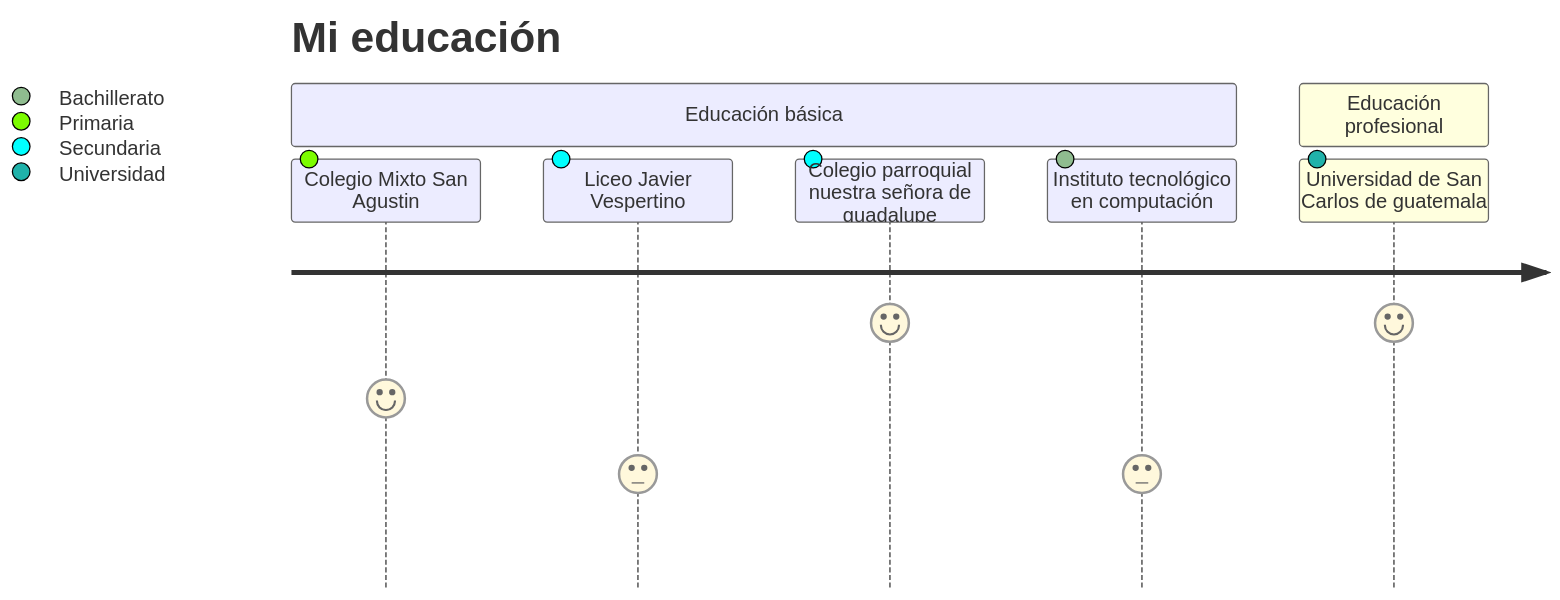
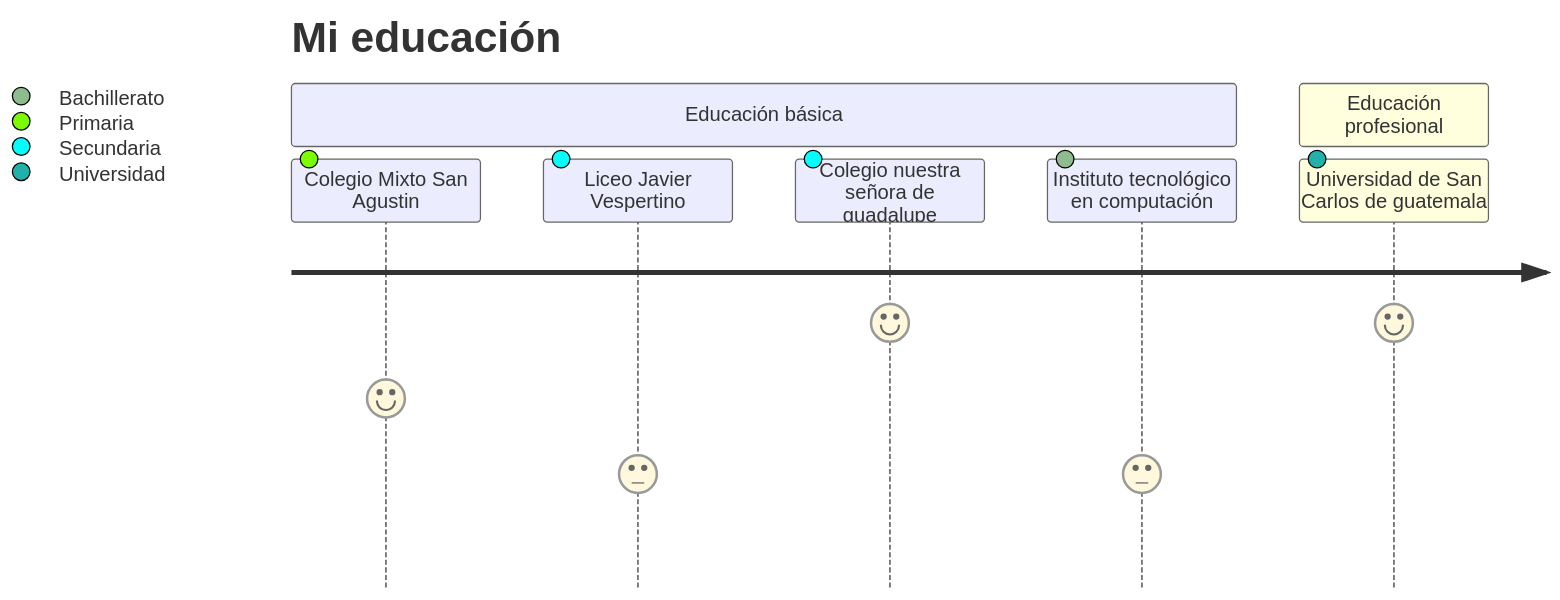
Before and after one commit to Bluevipe21/bluevipe21.github.io: the diagram in generic.md, drawn with Mermaid. The commit also changed other lines of this file, not shown here.

````diff
--- a/generic.md
+++ b/generic.md
@@ -25,11 +25,11 @@
 ```mermaid
 journey
     title Mi educación
     section Educación básica
       Colegio Mixto San Agustin: 5: Primaria
       Liceo Javier Vespertino: 3: Secundaria
-      Colegio parroquial nuestra señora de guadalupe: 7: Secundaria
+      Colegio nuestra señora de guadalupe: 7: Secundaria
       Instituto tecnológico en computación: 3: Bachillerato
     section Educación profesional
       Universidad de San Carlos de guatemala: 7: Universidad
-```  
+```
````
